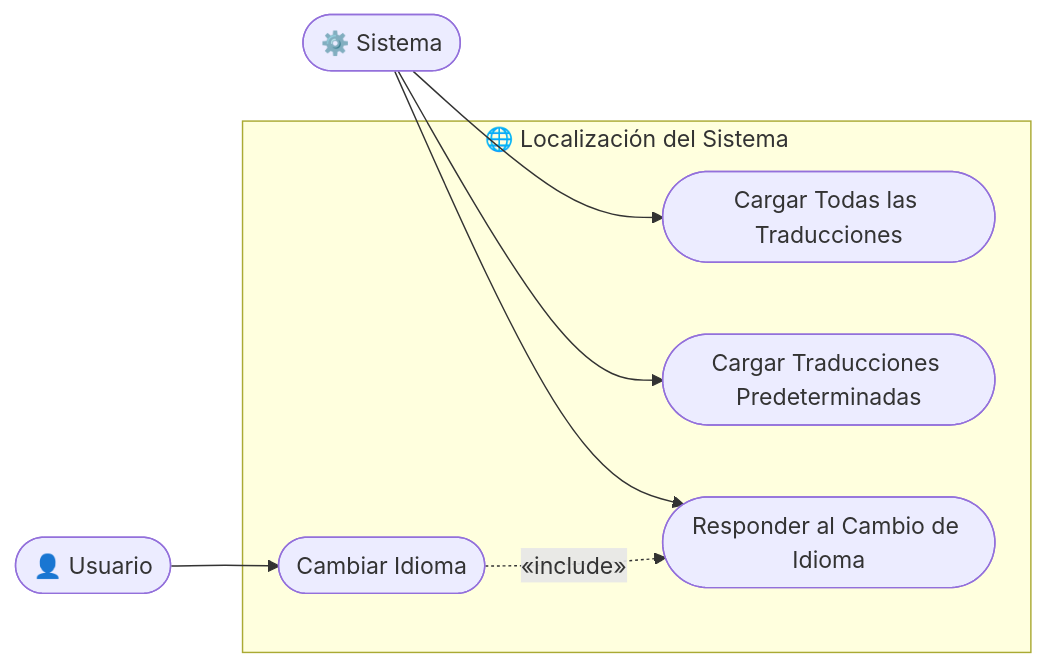
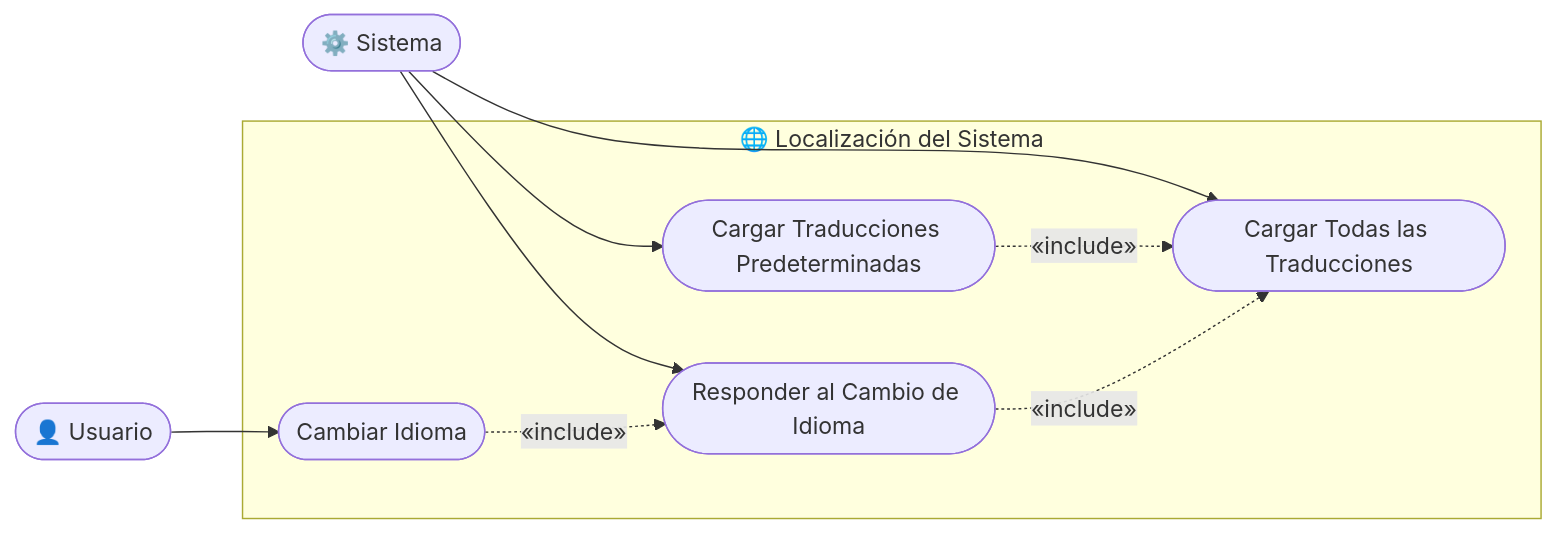
The tenth of 11 diagrams in Documentation/UML_Diagrams/23_Use_Case_Diagrams.md (nahuk86/tp_diploma_nk_2026), drawn with Mermaid before and after one commit. The commit also changed other lines of this file, not shown here.

Commit message:
docs: add missing include/extend/uses relationships to UML use case diagrams

````diff
--- a/Documentation/UML_Diagrams/23_Use_Case_Diagrams.md
+++ b/Documentation/UML_Diagrams/23_Use_Case_Diagrams.md
@@ -327,18 +491,21 @@
 ```mermaid
 flowchart LR
     sistema(["⚙️ Sistema"])
     usuario(["👤 Usuario"])
 
     subgraph LOCALIZATION["🌐 Localización del Sistema"]
         uc1(["Cargar Todas las Traducciones"])
         uc2(["Cargar Traducciones Predeterminadas"])
         uc3(["Cambiar Idioma"])
         uc4(["Responder al Cambio de Idioma"])
     end
 
     sistema --> uc1
     sistema --> uc2
     sistema --> uc4
     usuario --> uc3
+
+    uc2 -.->|"«include»"| uc1
     uc3 -.->|"«include»"| uc4
+    uc4 -.->|"«include»"| uc1
 ```
````
